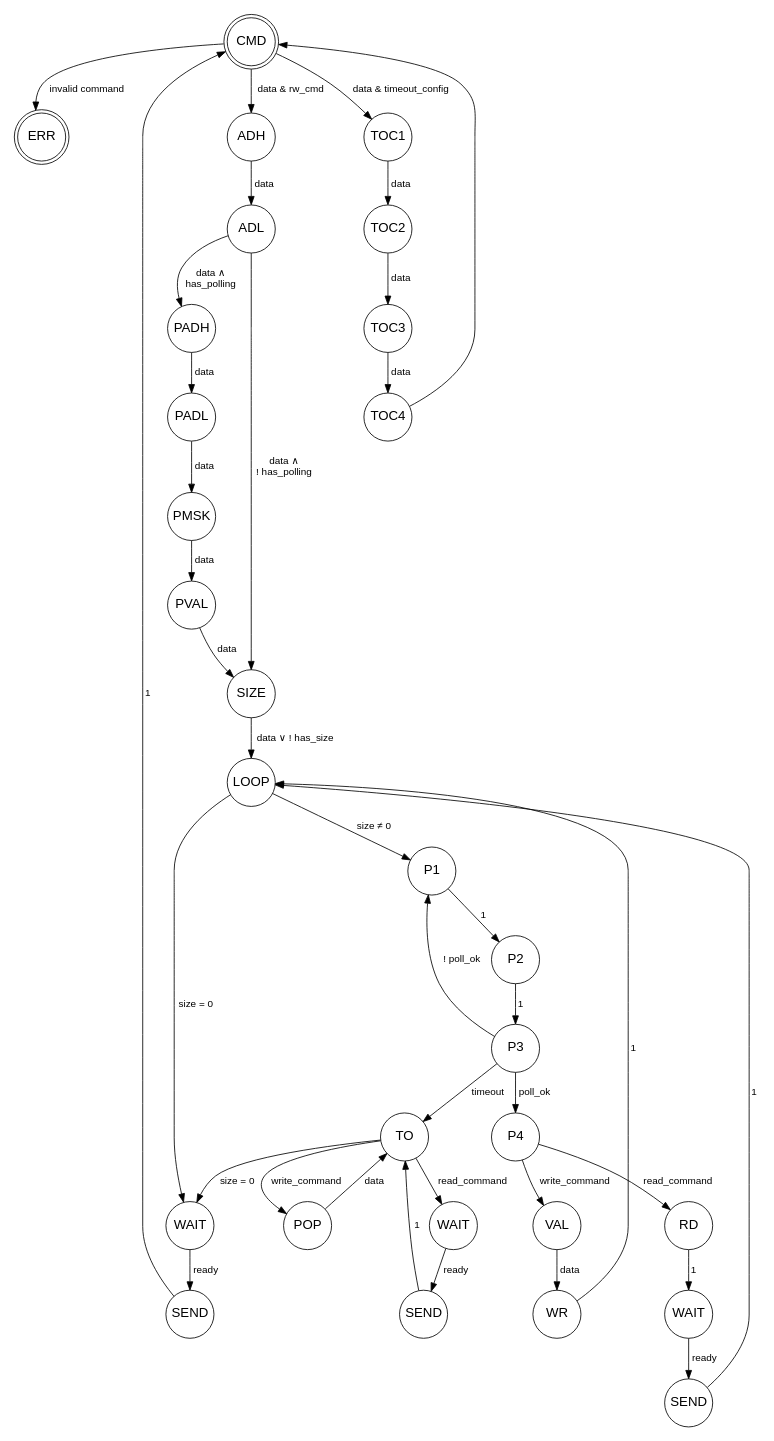
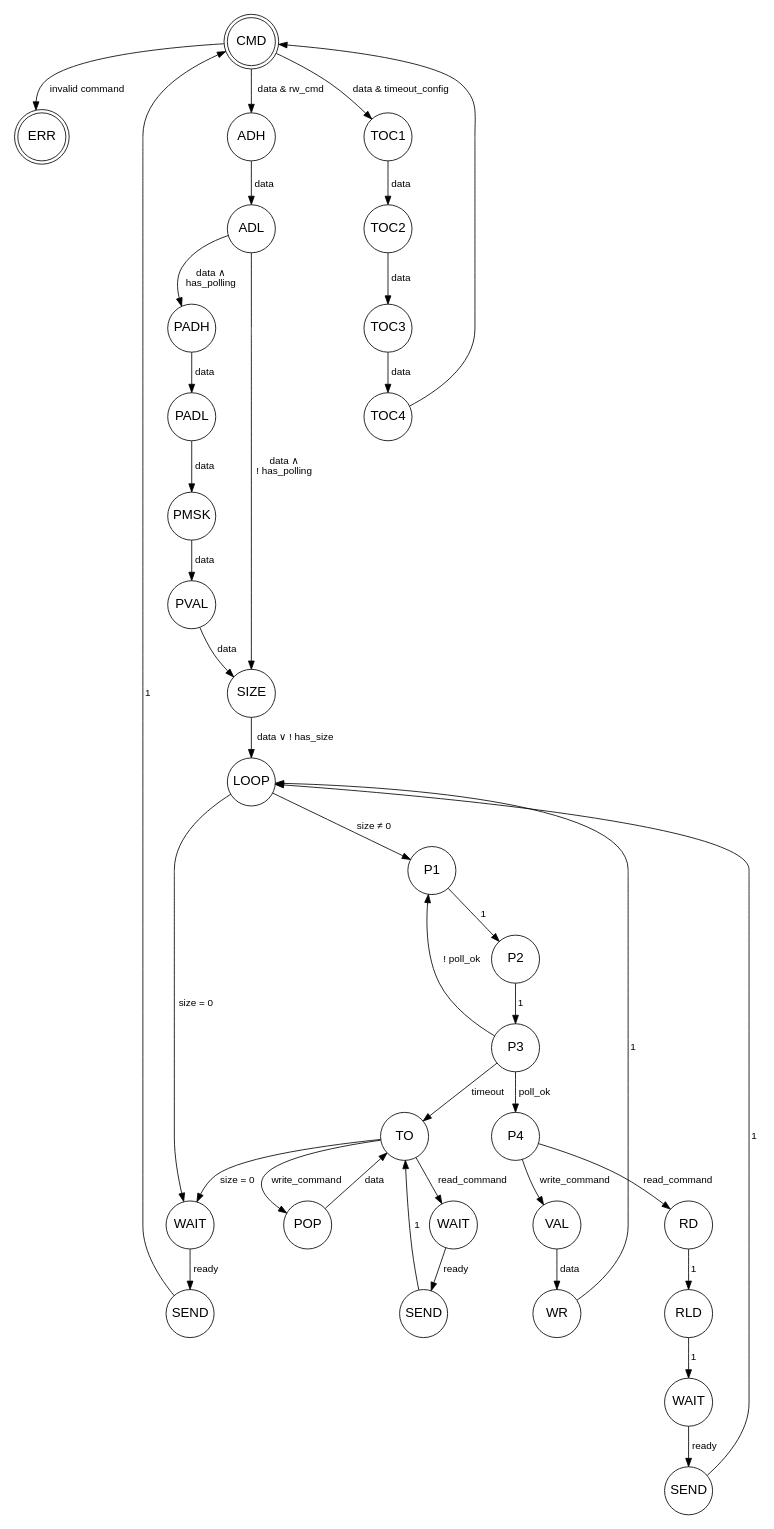
Before and after one commit to Ledger-Donjon/scaffold: the diagram in docs/bus_bridge_fsm.dot, drawn with Graphviz. The commit also changed 4 other files, not shown here.

```diff
--- a/docs/bus_bridge_fsm.dot
+++ b/docs/bus_bridge_fsm.dot
@@ -1,85 +1,87 @@
 digraph {
   graph [dpi = 55, bgcolor = "#ffffff00", fontname = "helvetica", fontsize = 16];
   node [fontname = "helvetica", fontsize = 16, fixedsize = true, width = 0.8];
   edge [fontname = "helvetica", fontsize = 12];
 
   node [shape = doublecircle] CMD; ERR;
   node [shape = circle];
 
   CMD[group = g5];
   CMD -> ADH [label = " data & rw_cmd"];
   CMD -> ERR [label = " invalid command"];
   ADH[group = g5];
   ADH -> ADL [label = " data"];
   ADL[group = g5];
   ADL -> PADH [label = " data &and;\n has_polling"];
   ADL -> SIZE [label = " data &and;\n ! has_polling"];
   PADH[group = g6];
   PADH -> PADL [label = " data"];
   PADL[group = g6];
   PADL -> PMSK [label = " data"];
   PMSK[group = g6];
   PMSK -> PVAL [label = " data"];
   PVAL[group = g6];
   PVAL -> SIZE [label = " data"];
   SIZE[group = g5];
   SIZE -> LOOP [label = " data &or; ! has_size"];
 
   RD[group = g1];
-  RD -> WAIT1 [label = " 1"];
+  RD -> RLD [label = " 1"]
+  RLD[group = g1];
+  RLD -> WAIT1 [label = " 1", group = g1];
   WAIT1[label = "WAIT", group = g1];
   WAIT1 -> SEND [label = " ready"];
   SEND[group = g1];
   SEND -> LOOP [label = " 1"];
 
   VAL[group = g2];
   VAL -> WR [label = " data"];
   WR[group = g2];
   WR -> LOOP [label = " 1"];
 
   LOOP[group = g5];
   LOOP -> P1 [label = " size &ne; 0"];
 
   P1[group = g3];
   P1 -> P2 [label = " 1"];
   P2[group = g3];
   P2 -> P3 [label = " 1"]
   P3[group = g3];
   P3 -> P4 [label = " poll_ok"]
   P3 -> P1 [label = " ! poll_ok"]
   P4[group = g3];
   P4 -> RD [label = " read_command"];
   P4 -> VAL [label = " write_command"];
 
   LOOP -> WAIT2 [label = " size = 0"];
   WAIT2[label = "WAIT", group = g4];
   WAIT2 -> SEND2 [label = " ready"];
   SEND2[label = "SEND", group = g4];
   SEND2 -> CMD [label = " 1"];
 
   TOC1 [group = g7]
   CMD -> TOC1 [label = " data & timeout_config"]
   TOC2 [group = g7]
   TOC1 -> TOC2 [label = " data"]
   TOC3 [group = g7]
   TOC2 -> TOC3 [label = " data"]
   TOC4 [group = g7]
   TOC3 -> TOC4 [label = " data"]
   TOC4 -> CMD
 
   TO [group=g8]
   P3 -> TO [label = " timeout"]
   WAIT3[label="WAIT", group=g8]
   WAIT3 [label="WAIT", group=g8]
   TO -> WAIT3 [label = " read_command"]
   SEND3 [label="SEND", group=g8]
   WAIT3 -> SEND3 [label = " ready"]
   SEND3 -> TO [label=" 1"]
 
   POP4 [label="POP", group=g9]
   TO -> POP4 [label=" write_command"]
   POP4 -> TO [label=" data"]
 
   TO -> WAIT2 [label=" size = 0"]
 
 }
```
